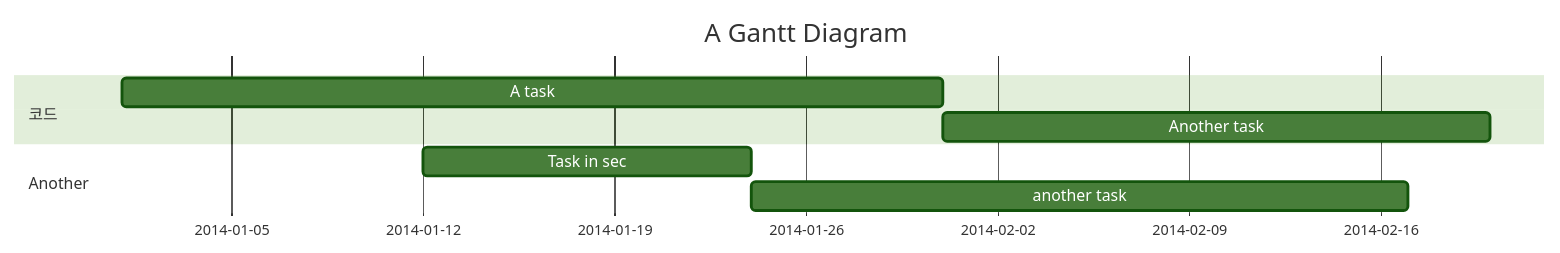
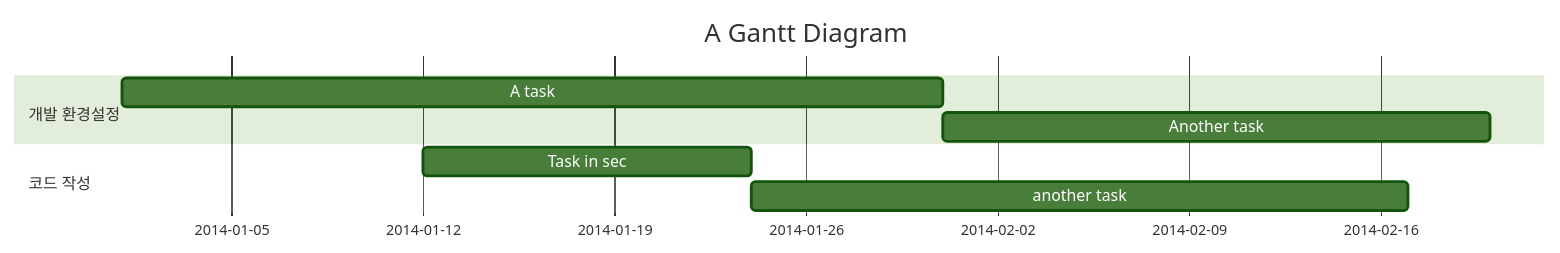
One commit to UDONGSALI/Toy-Project changed the diagram in README.md. Above: the diagram before and after it, drawn with Mermaid (forest theme).

````diff
--- a/README.md
+++ b/README.md
@@ -1,11 +1,11 @@
 ```mermaid
 gantt
     title A Gantt Diagram
     dateFormat  YYYY-MM-DD
-    section 코드
+    section 개발 환경설정
     A task           :a1, 2014-01-01, 30d
     Another task     :after a1  , 20d
-    section Another
+    section 코드 작성
     Task in sec      :2014-01-12  , 12d
     another task      : 24d
 ```
````
